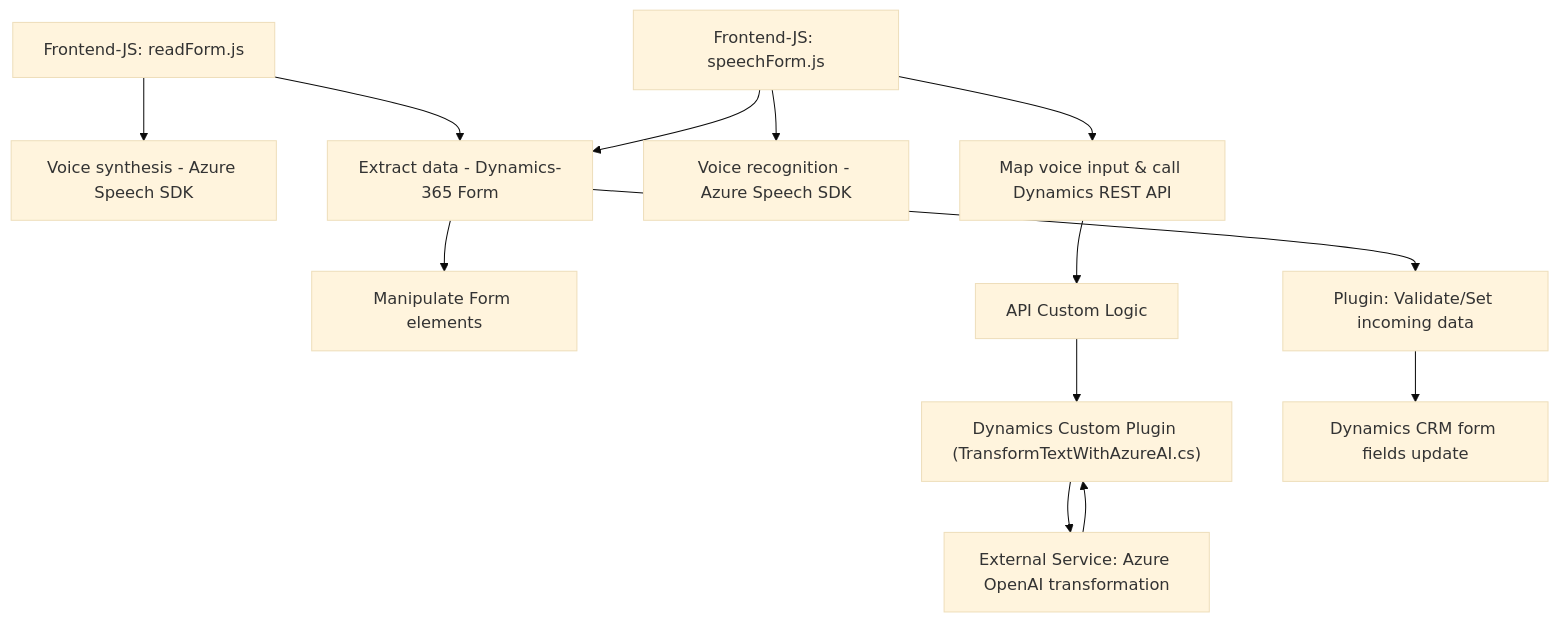
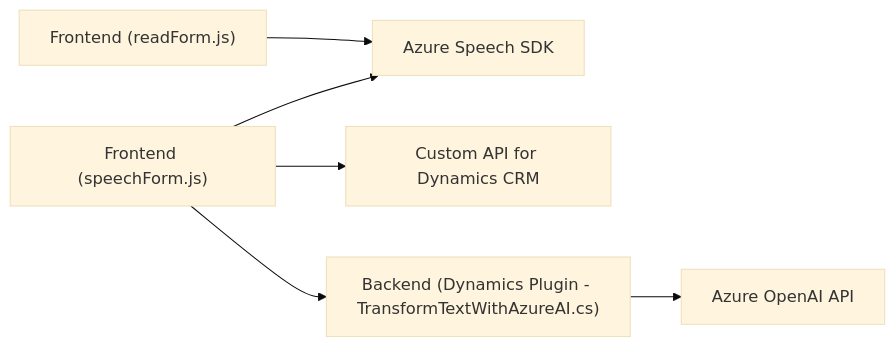
One commit to blopezdm/NETCORE_BILBAO2025 changed the diagram in README.md. Above: the diagram before and after it, drawn with Mermaid (base theme). The commit also changed other lines of this file, not shown here.

````diff
--- a/README.md
+++ b/README.md
@@ -42,18 +41,15 @@
 ```mermaid
-graph TD
-  A["Frontend-JS: readForm.js"] --> B["Voice synthesis - Azure Speech SDK"]
-  A --> C["Extract data - Dynamics-365 Form"]
-  C --> D["Manipulate Form elements"]
+graph LR
+    F1["Frontend (readForm.js)"]
+    F2["Frontend (speechForm.js)"]
+    B1["Backend (Dynamics Plugin - TransformTextWithAzureAI.cs)"]
+    D1["Azure OpenAI API"]
+    D2["Azure Speech SDK"]
+    C1["Custom API for Dynamics CRM"]
 
-  E["Frontend-JS: speechForm.js"] --> F["Voice recognition - Azure Speech SDK"]
-  E --> C
-  E --> G["Map voice input & call Dynamics REST API"]
-  
-  G --> H["API Custom Logic"]
-  H --> I["Dynamics Custom Plugin (TransformTextWithAzureAI.cs)"]
-  I --> J["External Service: Azure OpenAI transformation"]
-  J --> I
-
-  C --> K["Plugin: Validate/Set incoming data"]
-  K --> L["Dynamics CRM form fields update"]
+    F1 --> D2
+    F2 --> D2
+    F2 --> C1
+    F2 --> B1
+    B1 --> D1
 ```
````
